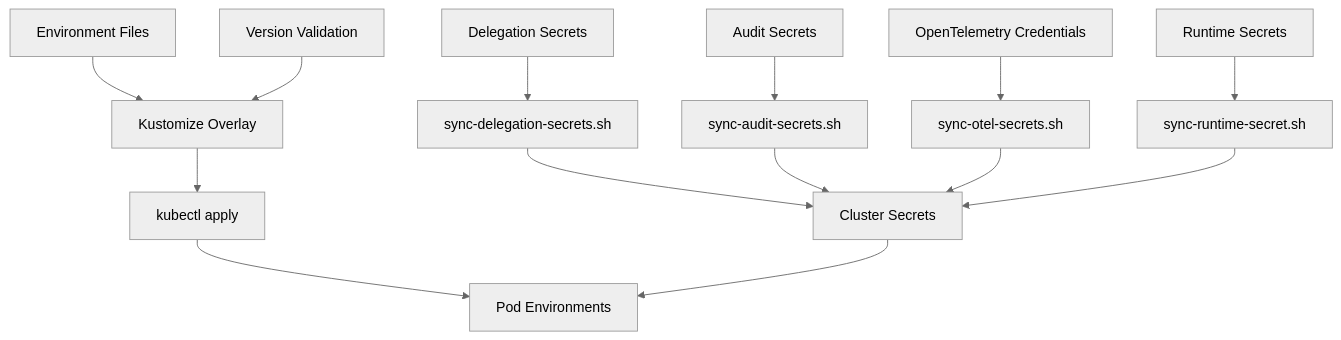
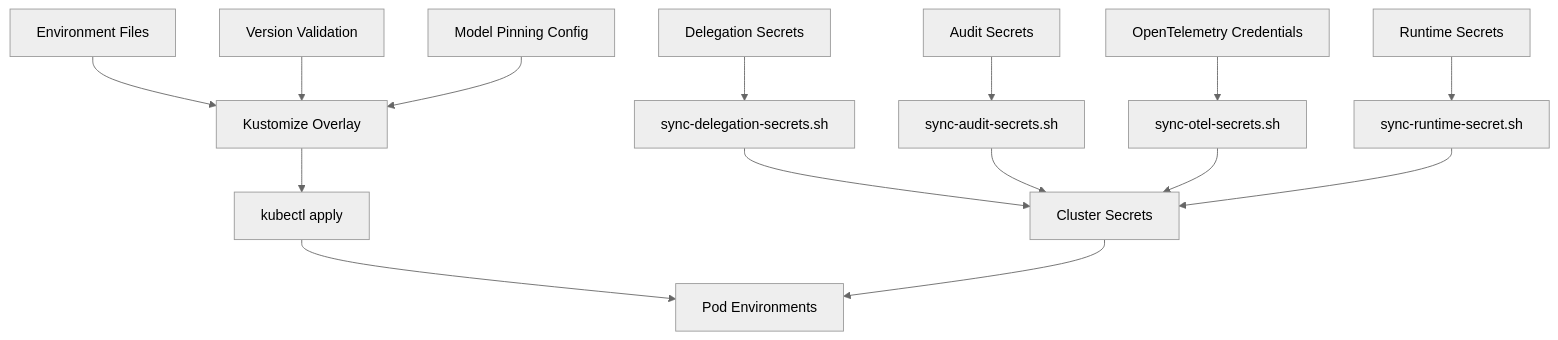
One commit to metasync/luban-aiops changed the fifth of 11 diagrams in .qoder/repowiki/en/content/Deployment and Operations/Deployment and Operations.md. Above: the diagram before and after it, drawn with Mermaid (neutral theme). The commit also changed other lines of this file and 3 other files, not shown here.

````diff
--- a/.qoder/repowiki/en/content/Deployment and Operations/Deployment and Operations.md
+++ b/.qoder/repowiki/en/content/Deployment and Operations/Deployment and Operations.md
@@ -417,16 +423,17 @@
 ```mermaid
 flowchart TD
 EnvFiles["Environment Files"] --> Overlay["Kustomize Overlay"]
 Secrets["Runtime Secrets"] --> SecretSync["sync-runtime-secret.sh"]
 DelegationSecrets["Delegation Secrets"] --> DelegationSync["sync-delegation-secrets.sh"]
 AuditSecrets["Audit Secrets"] --> AuditSync["sync-audit-secrets.sh"]
 OTELSecrets["OpenTelemetry Credentials"] --> OTESync["sync-otel-secrets.sh"]
 VersionCheck["Version Validation"] --> Overlay
+ModelPinning["Model Pinning Config"] --> Overlay
 DelegationSync --> K8sSecrets["Cluster Secrets"]
 AuditSync --> K8sSecrets
 OTESync --> K8sSecrets
 SecretSync --> K8sSecrets
 Overlay --> K8sApply["kubectl apply"]
 K8sApply --> Pods["Pod Environments"]
 K8sSecrets --> Pods
 ```
````
